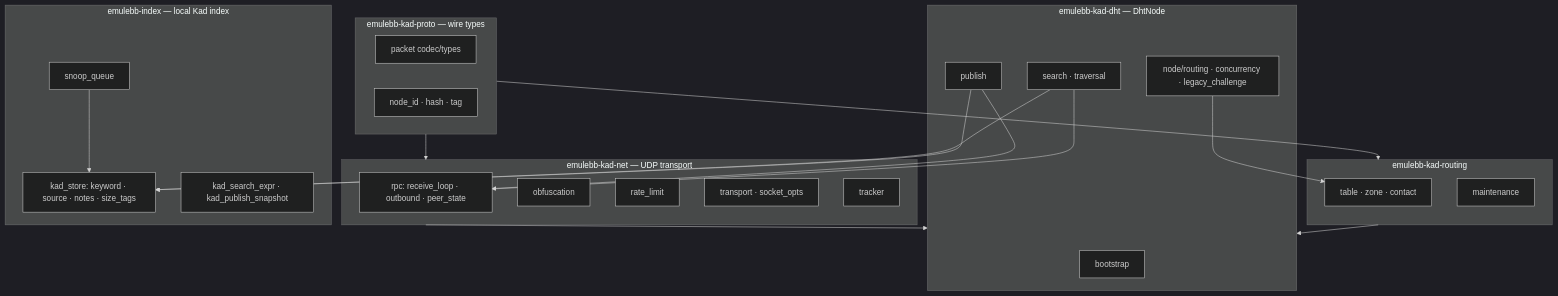
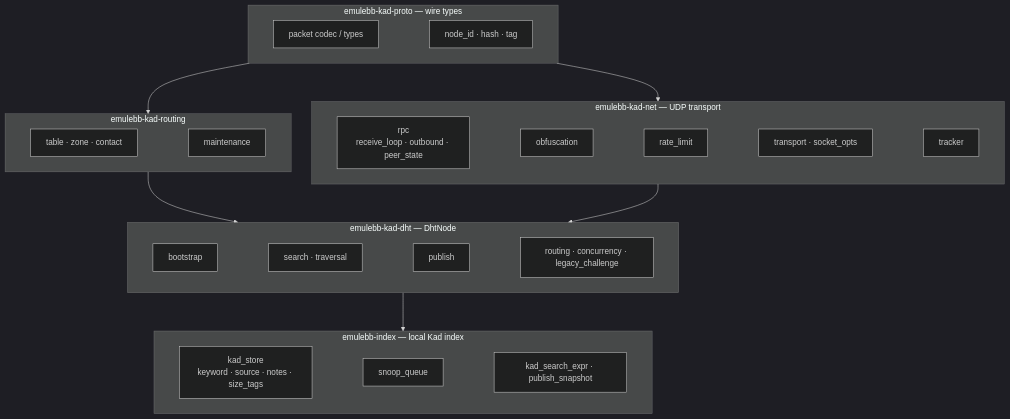
One commit to emulebb/emulebb-rust changed the fourth of 5 diagrams in docs/design/architecture.md. Above: the diagram before and after it, drawn with Mermaid (dark theme). The commit also changed other lines of this file, not shown here.

First line of the commit message:
docs: improve mermaid layout — taller, less crowded

````diff
--- a/docs/design/architecture.md
+++ b/docs/design/architecture.md
@@ -225,44 +207,34 @@
 ```mermaid
-graph TD
+%%{init: {'flowchart': {'nodeSpacing': 40, 'rankSpacing': 75}}}%%
+graph TB
     subgraph proto[emulebb-kad-proto — wire types]
-        p_pkt[packet codec/types]
-        p_id[node_id · hash · tag]
+        direction LR
+        p_pkt[packet codec / types] ~~~ p_id[node_id · hash · tag]
     end
 
     subgraph routing[emulebb-kad-routing]
-        r_table[table · zone · contact]
-        r_maint[maintenance]
+        direction LR
+        r_table[table · zone · contact] ~~~ r_maint[maintenance]
     end
 
     subgraph net[emulebb-kad-net — UDP transport]
-        n_rpc[rpc: receive_loop · outbound · peer_state]
-        n_obf[obfuscation]
-        n_rate[rate_limit]
-        n_tx[transport · socket_opts]
-        n_track[tracker]
+        direction LR
+        n_rpc[rpc<br/>receive_loop · outbound · peer_state] ~~~ n_obf[obfuscation] ~~~ n_rate[rate_limit] ~~~ n_tx[transport · socket_opts] ~~~ n_track[tracker]
     end
 
     subgraph dht[emulebb-kad-dht — DhtNode]
-        d_boot[bootstrap]
-        d_search[search · traversal]
-        d_pub[publish]
-        d_route[node/routing · concurrency · legacy_challenge]
+        direction LR
+        d_boot[bootstrap] ~~~ d_search[search · traversal] ~~~ d_pub[publish] ~~~ d_route[routing · concurrency · legacy_challenge]
     end
 
     subgraph idx[emulebb-index — local Kad index]
-        i_store[kad_store: keyword · source · notes · size_tags]
-        i_snoop[snoop_queue]
-        i_expr[kad_search_expr · kad_publish_snapshot]
+        direction LR
+        i_store[kad_store<br/>keyword · source · notes · size_tags] ~~~ i_snoop[snoop_queue] ~~~ i_expr[kad_search_expr · publish_snapshot]
     end
 
     proto --> routing
     proto --> net
     routing --> dht
     net --> dht
-    d_route --> r_table
-    d_search --> n_rpc
-    d_pub --> n_rpc
-    d_pub --> i_store
-    d_search --> i_store
-    i_snoop --> i_store
+    dht --> idx
 ```
````
